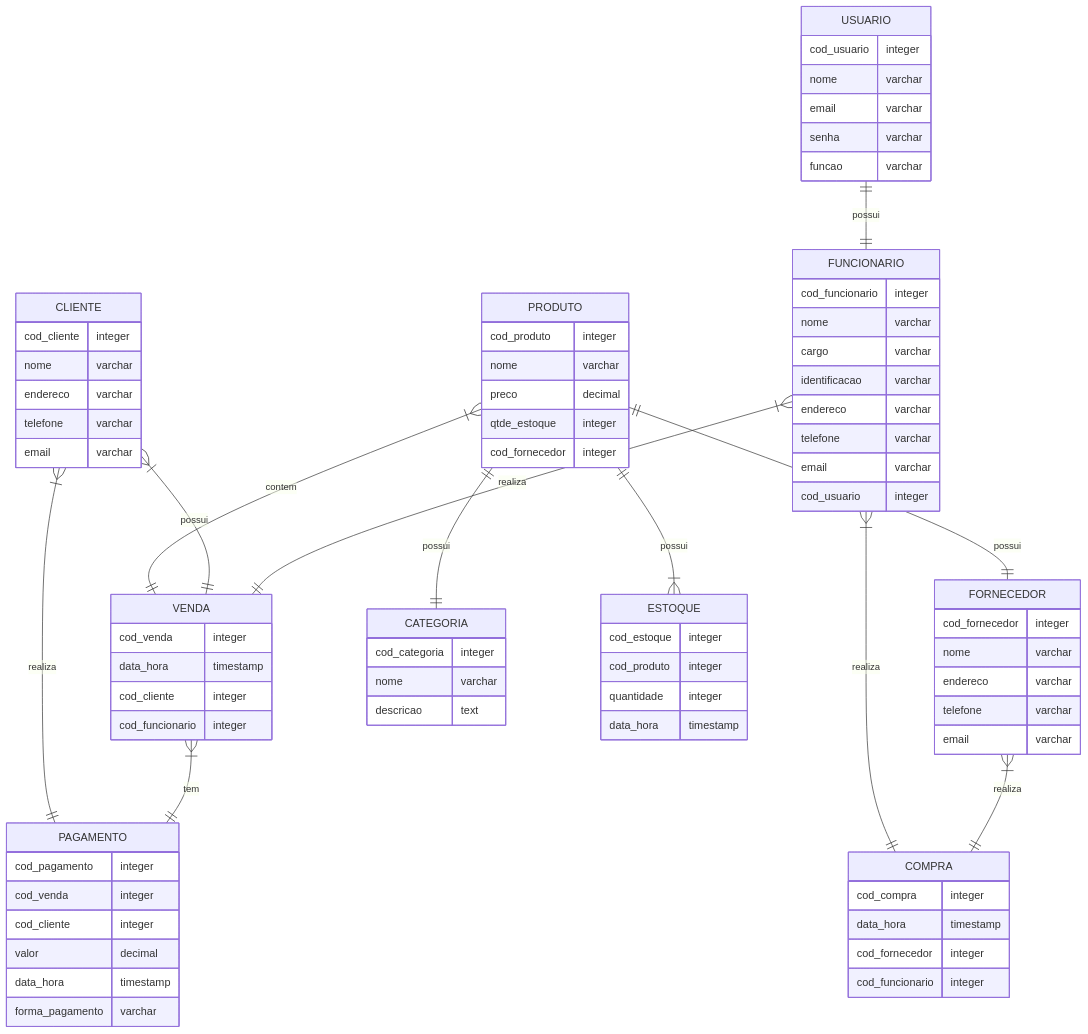
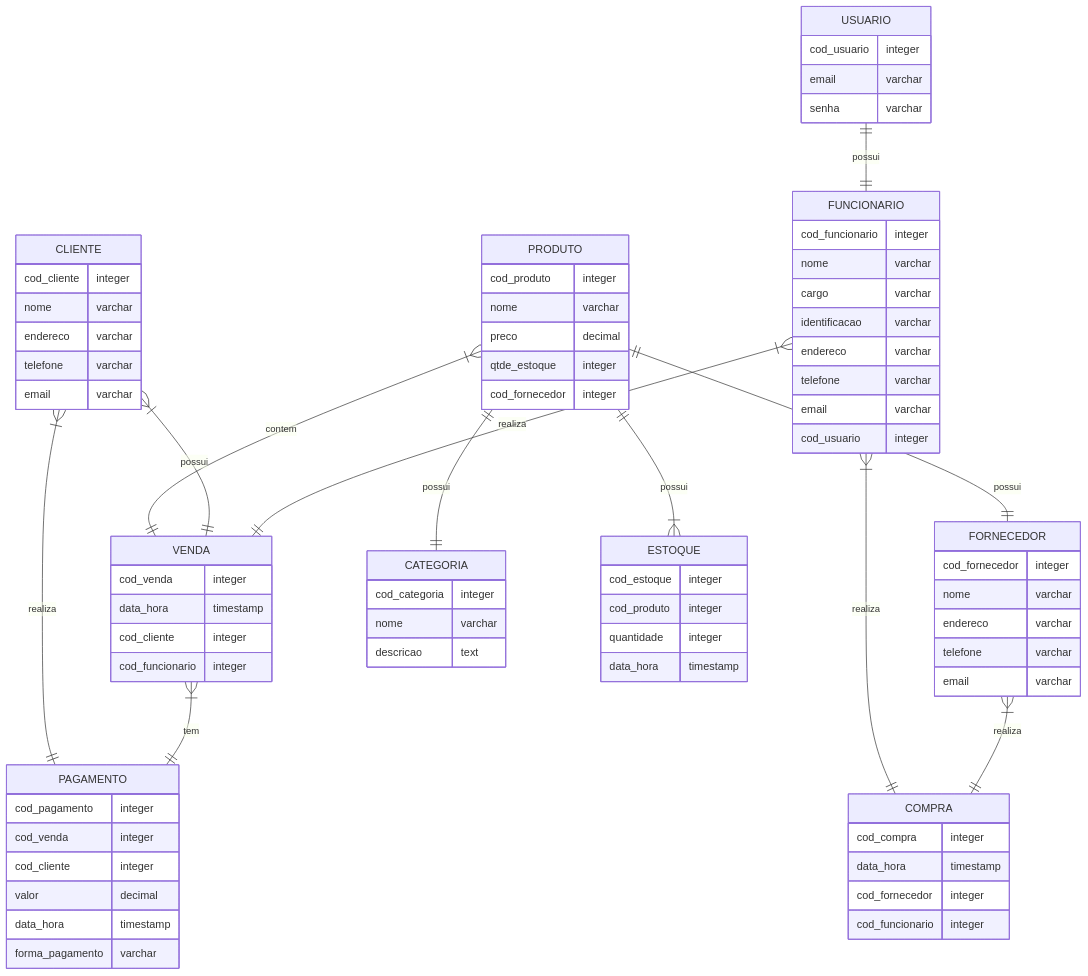
One commit to fernandesraquel/doc-modelos changed the diagram in diagrams/DER.md. Above: the diagram before and after it, drawn with Mermaid.

```diff
--- a/diagrams/DER.md
+++ b/diagrams/DER.md
@@ -15,10 +15,8 @@
         USUARIO ||--|| FUNCIONARIO : possui
         USUARIO {
             cod_usuario integer
-            nome varchar
             email varchar
             senha varchar
-            funcao varchar
         }
         PRODUTO {
              cod_produto integer
```
